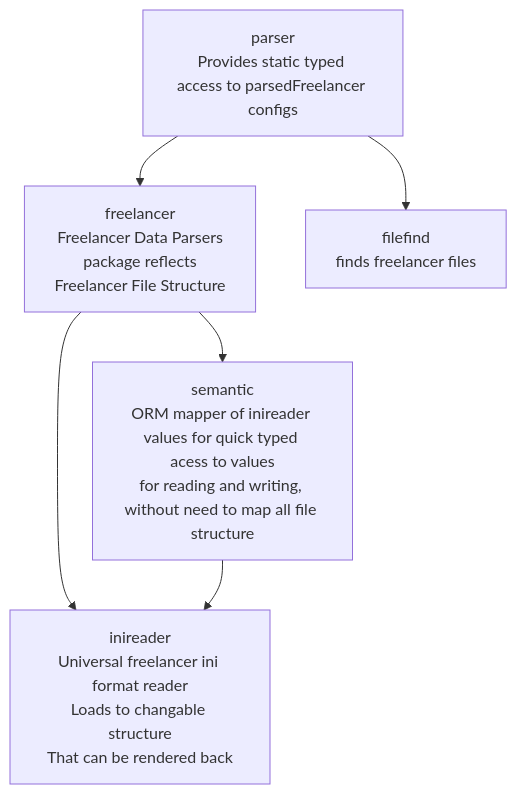
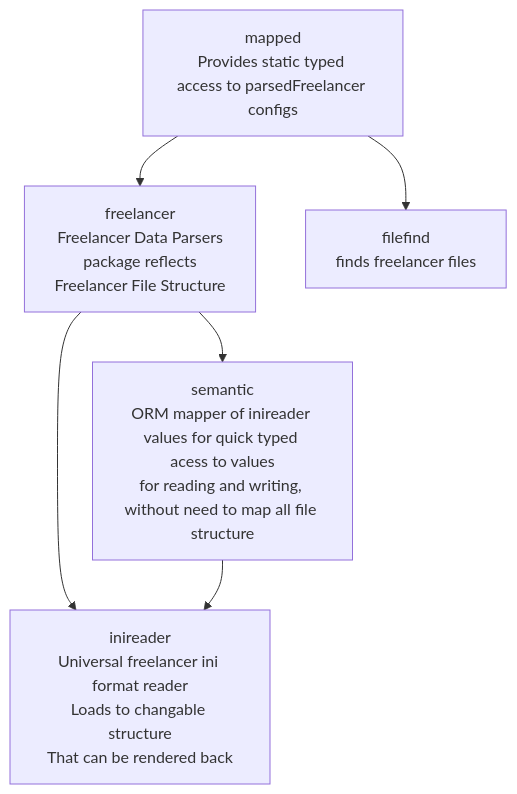
The diagram in README.md (darklab8/fl-configs), drawn with Mermaid before and after one commit. The commit also changed other lines of this file and 2949 other files, not shown here.

````diff
--- a/README.md
+++ b/README.md
@@ -24,9 +23,9 @@
 ```mermaid
 flowchart TD
-    parser[parser\nProvides static typed access to parsedFreelancer configs]
-    parser --> freelancer[freelancer\nFreelancer Data Parsers\npackage reflects\nFreelancer File Structure]
-    parser --> filefind[filefind\nfinds freelancer files]
+    mapped[mapped\nProvides static typed access to parsedFreelancer configs]
+    mapped --> freelancer[freelancer\nFreelancer Data Parsers\npackage reflects\nFreelancer File Structure]
+    mapped --> filefind[filefind\nfinds freelancer files]
     freelancer --> inireader[inireader\nUniversal freelancer ini format reader\nLoads to changable structure\nThat can be rendered back]
     freelancer --> semantic[semantic\nORM mapper of inireader values for quick typed acess to values\nfor reading and writing, without need to map all file structure]
     semantic --> inireader
 ```
````
